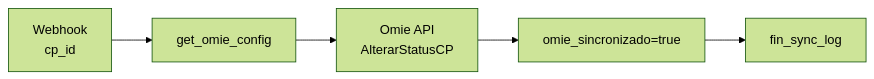
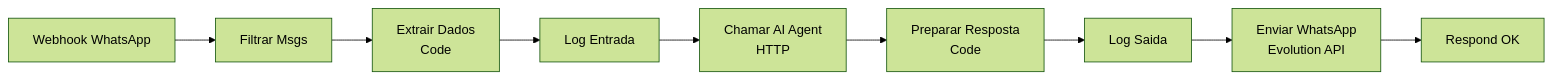
One commit to leandroteg/teg-plus changed the seventh of 11 diagrams in docs/obsidian/10 - n8n Workflows.md. Above: the diagram before and after it, drawn with Mermaid (forest theme). The commit also changed other lines of this file and 1 other file, not shown here.

First line of the commit message:
docs: atualizar Obsidian com schema completo e workflows n8n

````diff
--- a/docs/obsidian/10 - n8n Workflows.md
+++ b/docs/obsidian/10 - n8n Workflows.md
@@ -328,4 +263,6 @@
 ```mermaid
 flowchart LR
-    W[Webhook\ncp_id] --> CF[get_omie_config] --> OA[Omie API\nAlterarStatusCP] --> UP[omie_sincronizado=true] --> LOG[fin_sync_log]
+    W[Webhook WhatsApp] --> FM[Filtrar Msgs] --> ED[Extrair Dados\nCode]
+    ED --> LE[Log Entrada] --> CA[Chamar AI Agent\nHTTP] --> PR[Preparar Resposta\nCode]
+    PR --> LS[Log Saida] --> EW[Enviar WhatsApp\nEvolution API] --> RW[Respond OK]
 ```
````
